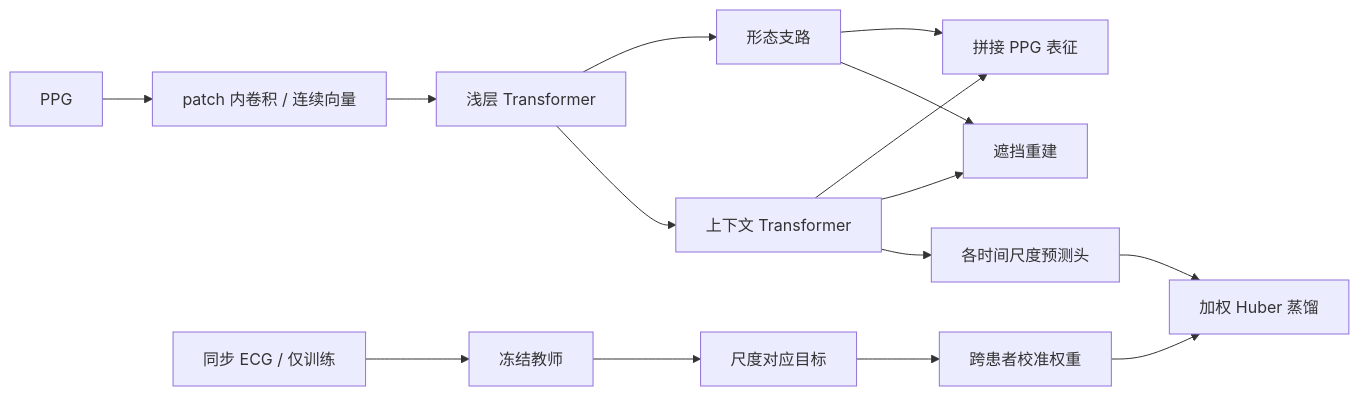
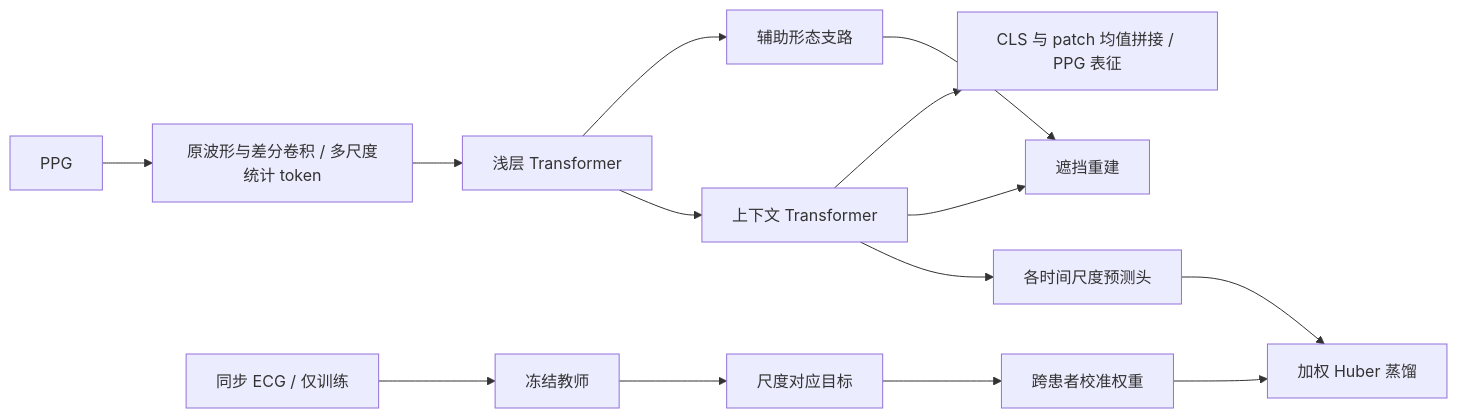
The diagram in README.md (goddream66/TempoBridge-COSD), drawn with Mermaid before and after one commit. The commit also changed other lines of this file and 21 other files, not shown here.

````diff
--- a/README.md
+++ b/README.md
@@ -12,17 +12,16 @@
 ```mermaid
 flowchart LR
-    X[PPG] --> P[patch 内卷积 / 连续向量]
+    X[PPG] --> P[原波形与差分卷积 / 多尺度统计 token]
     P --> S[浅层 Transformer]
-    S --> M[形态支路]
+    S --> M[辅助形态支路]
     S --> C[上下文 Transformer]
-    M --> Z[拼接 PPG 表征]
-    C --> Z
+    C --> Z[CLS 与 patch 均值拼接 / PPG 表征]
     M --> R[遮挡重建]
     C --> R
     C --> H[各时间尺度预测头]
     E[同步 ECG / 仅训练] --> T[冻结教师]
     T --> K[尺度对应目标]
     K --> W[跨患者校准权重]
     W --> L[加权 Huber 蒸馏]
     H --> L
 ```
````
